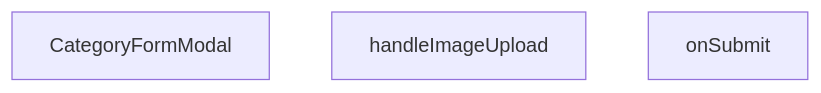
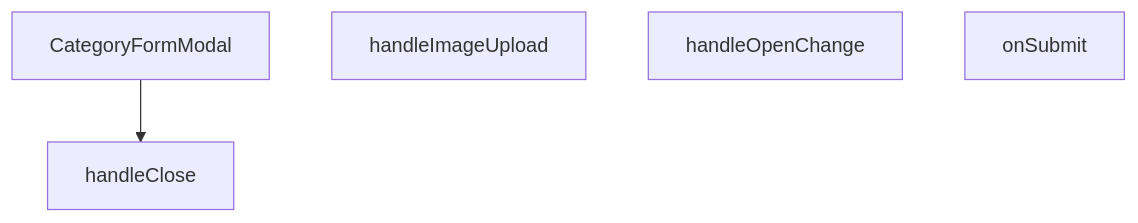
Before and after one commit to peckop/venthub-hvac-esite: the diagram in src/components/admin/categories/CategoryFormModal.md, drawn with Mermaid. The commit also changed other lines of this file and 429 other files, not shown here.

````diff
--- a/src/components/admin/categories/CategoryFormModal.md
+++ b/src/components/admin/categories/CategoryFormModal.md
@@ -127,6 +293,9 @@
 ```mermaid
 graph TD
     CategoryFormModal_tsx__CategoryFormModal["CategoryFormModal"]
+    CategoryFormModal_tsx__handleClose["handleClose"]
     CategoryFormModal_tsx__handleImageUpload["handleImageUpload"]
+    CategoryFormModal_tsx__handleOpenChange["handleOpenChange"]
     CategoryFormModal_tsx__onSubmit["onSubmit"]
+    CategoryFormModal_tsx__CategoryFormModal --> CategoryFormModal_tsx__handleClose
 ```
````
